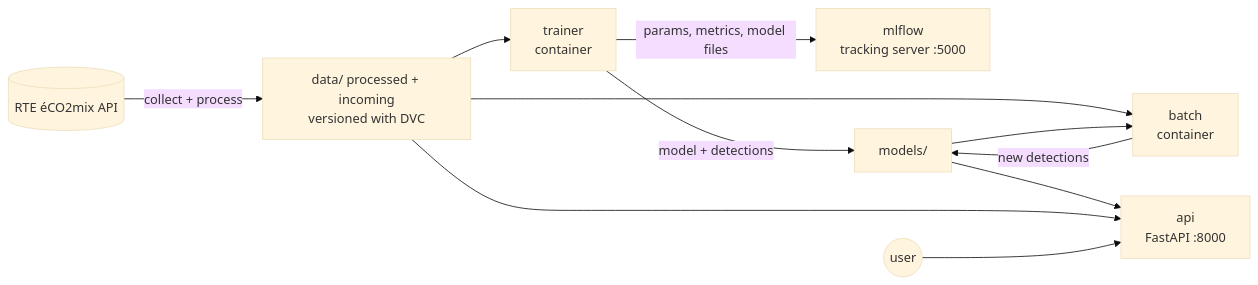
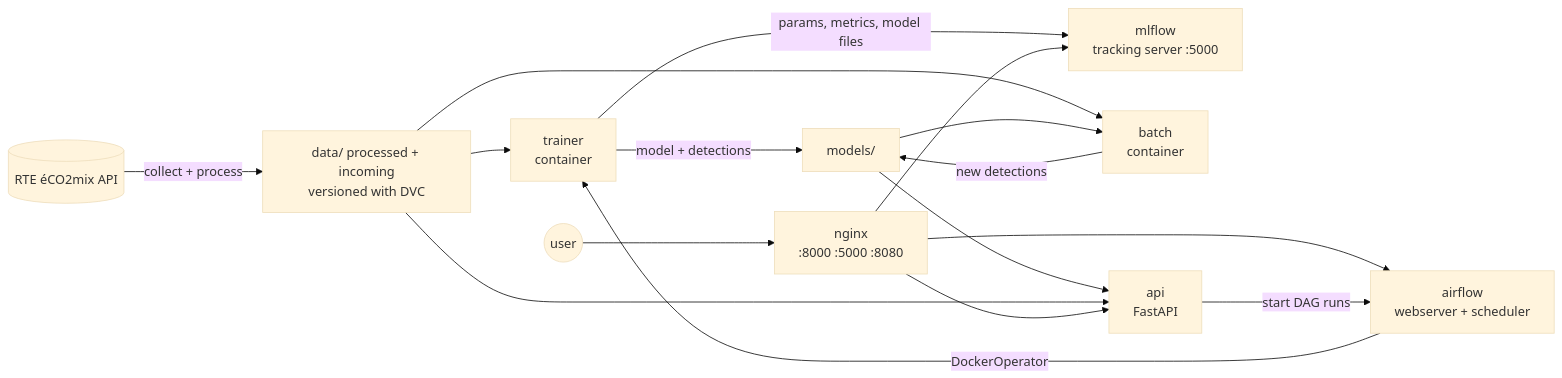
Before and after one commit to appliedmath/eco2mix-anomaly: the diagram in README.md, drawn with Mermaid (base theme). The commit also changed other lines of this file and 4 other files, not shown here.

First line of the commit message:
NGINX as the single entry point (API :8000, MLflow :5000, Airflow :8080)

````diff
--- a/README.md
+++ b/README.md
@@ -19,13 +19,18 @@
 ```mermaid
 flowchart LR
     RTE[(RTE éCO2mix API)] -->|collect + process| DATA[data/ processed + incoming<br/>versioned with DVC]
     DATA --> TRAINER[trainer<br/>container]
     TRAINER -->|params, metrics, model files| MLFLOW[mlflow<br/>tracking server :5000]
     TRAINER -->|model + detections| MODELS[models/]
     DATA --> BATCH[batch<br/>container]
     MODELS --> BATCH
     BATCH -->|new detections| MODELS
-    MODELS --> API[api<br/>FastAPI :8000]
+    MODELS --> API[api<br/>FastAPI]
     DATA --> API
-    USER((user)) --> API
+    USER((user)) --> NGINX[nginx<br/>:8000 :5000 :8080]
+    NGINX --> API
+    NGINX --> MLFLOW
+    NGINX --> AIRFLOW[airflow<br/>webserver + scheduler]
+    API -->|start DAG runs| AIRFLOW
+    AIRFLOW -->|DockerOperator| TRAINER
 ```
````
